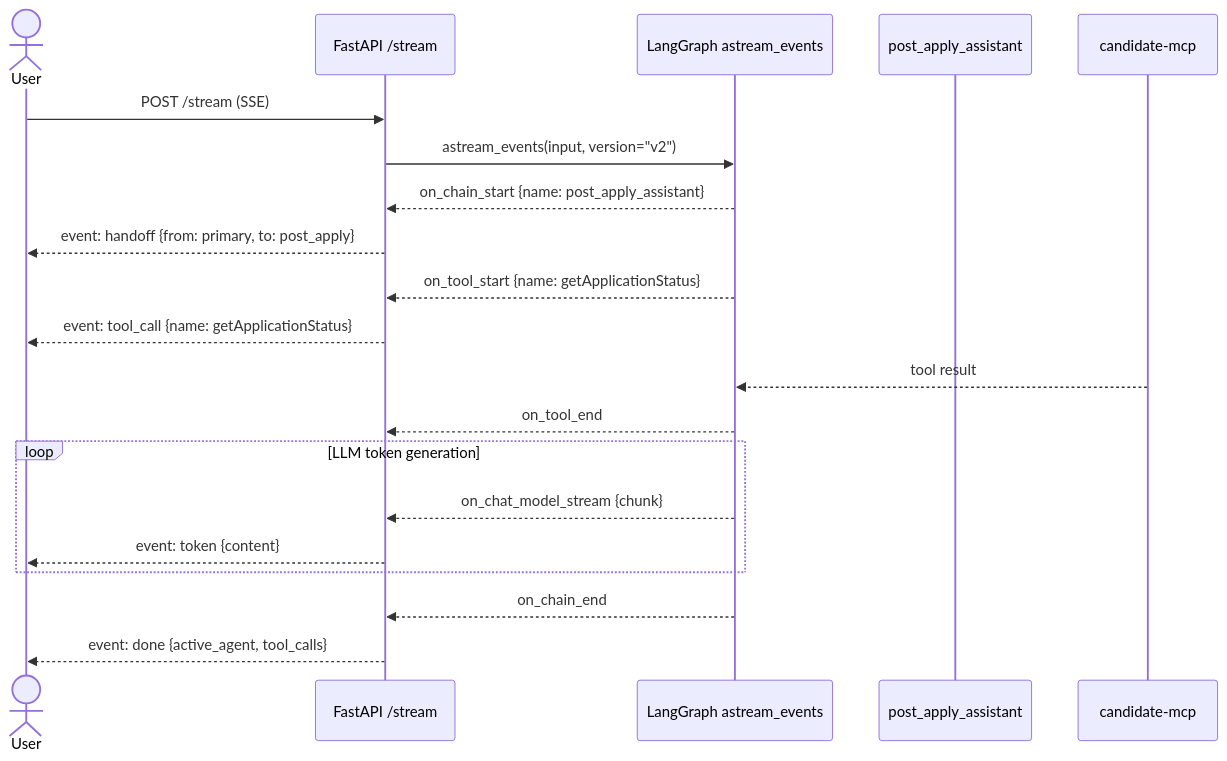
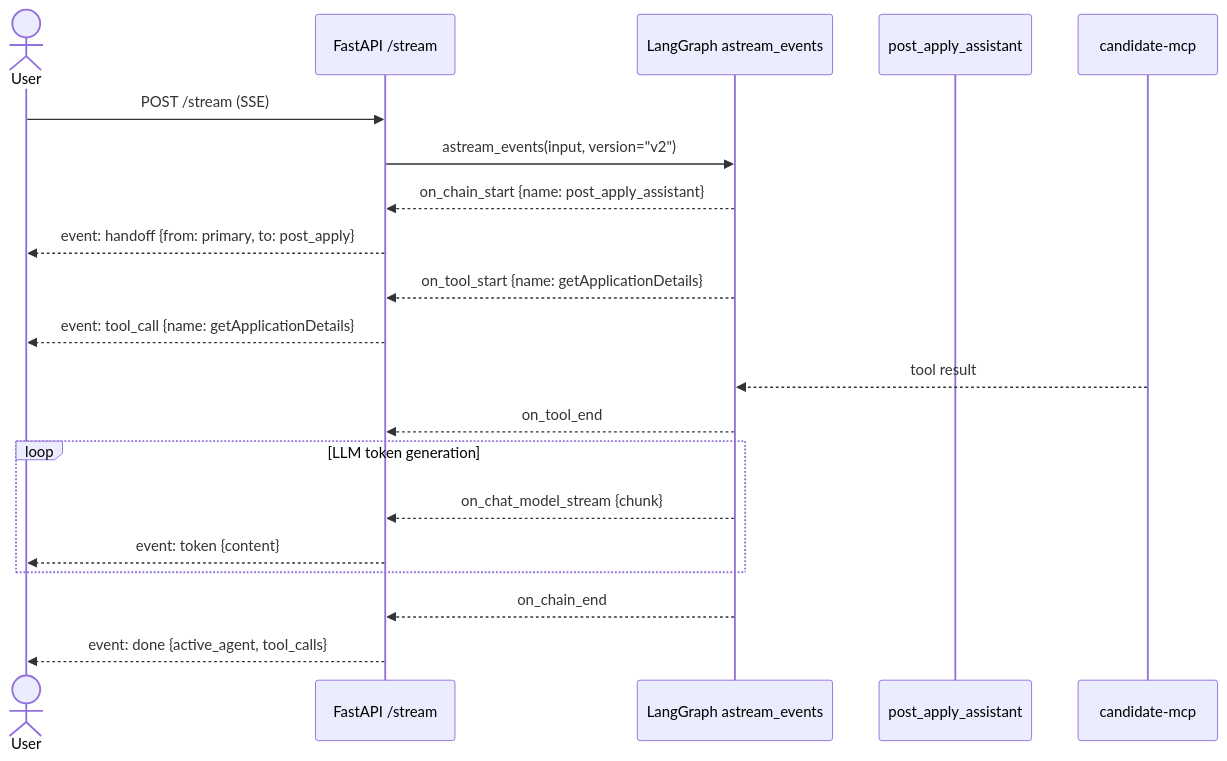
Before and after one commit to venkat-raman17/candidate-agent: diagram 17 of 32 in LLD_POST_APPLY_ASSISTANT.md, drawn with Mermaid. The commit also changed other lines of this file, not shown here.

First line of the commit message:
fix: update job details in post-apply assistant documentation

````diff
--- a/LLD_POST_APPLY_ASSISTANT.md
+++ b/LLD_POST_APPLY_ASSISTANT.md
@@ -1010,28 +1005,28 @@
 ```mermaid
 sequenceDiagram
     actor User
     participant API as FastAPI /stream
     participant Graph as LangGraph astream_events
     participant PAA as post_apply_assistant
     participant CMCP as candidate-mcp
 
     User->>API: POST /stream (SSE)
     API->>Graph: astream_events(input, version="v2")
 
     Graph-->>API: on_chain_start {name: post_apply_assistant}
     API-->>User: event: handoff {from: primary, to: post_apply}
 
-    Graph-->>API: on_tool_start {name: getApplicationStatus}
-    API-->>User: event: tool_call {name: getApplicationStatus}
+    Graph-->>API: on_tool_start {name: getApplicationDetails}
+    API-->>User: event: tool_call {name: getApplicationDetails}
 
     CMCP-->>Graph: tool result
     Graph-->>API: on_tool_end
 
     loop LLM token generation
         Graph-->>API: on_chat_model_stream {chunk}
         API-->>User: event: token {content}
     end
 
     Graph-->>API: on_chain_end
     API-->>User: event: done {active_agent, tool_calls}
 ```
````
